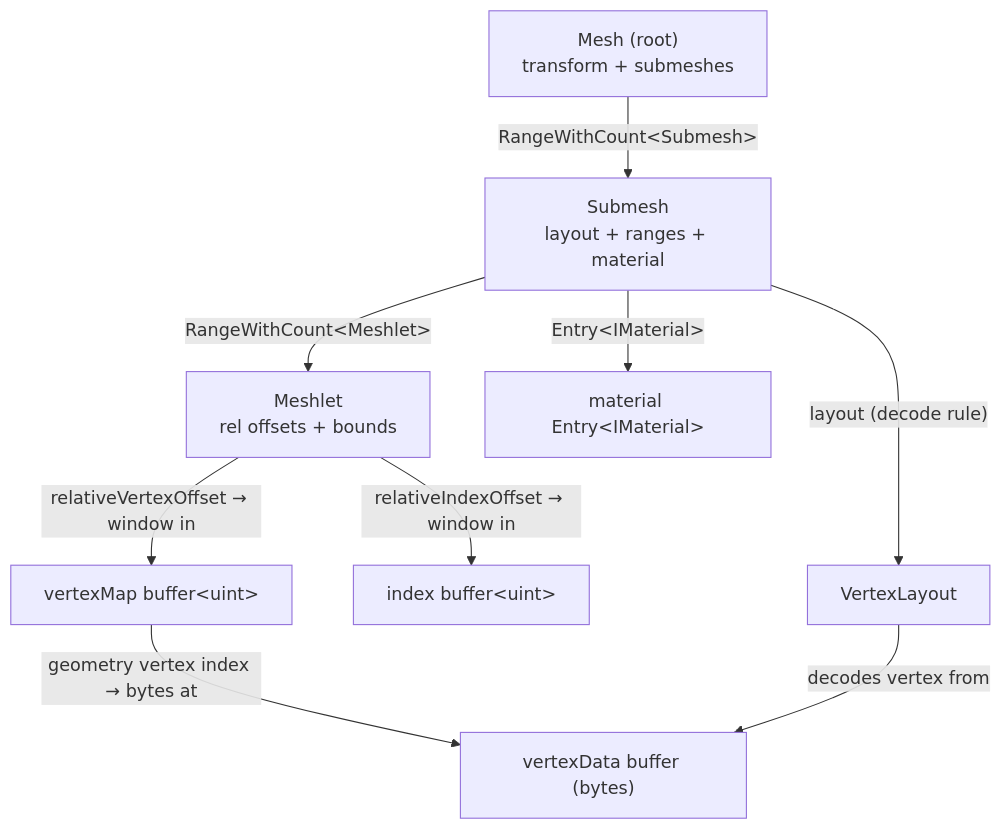
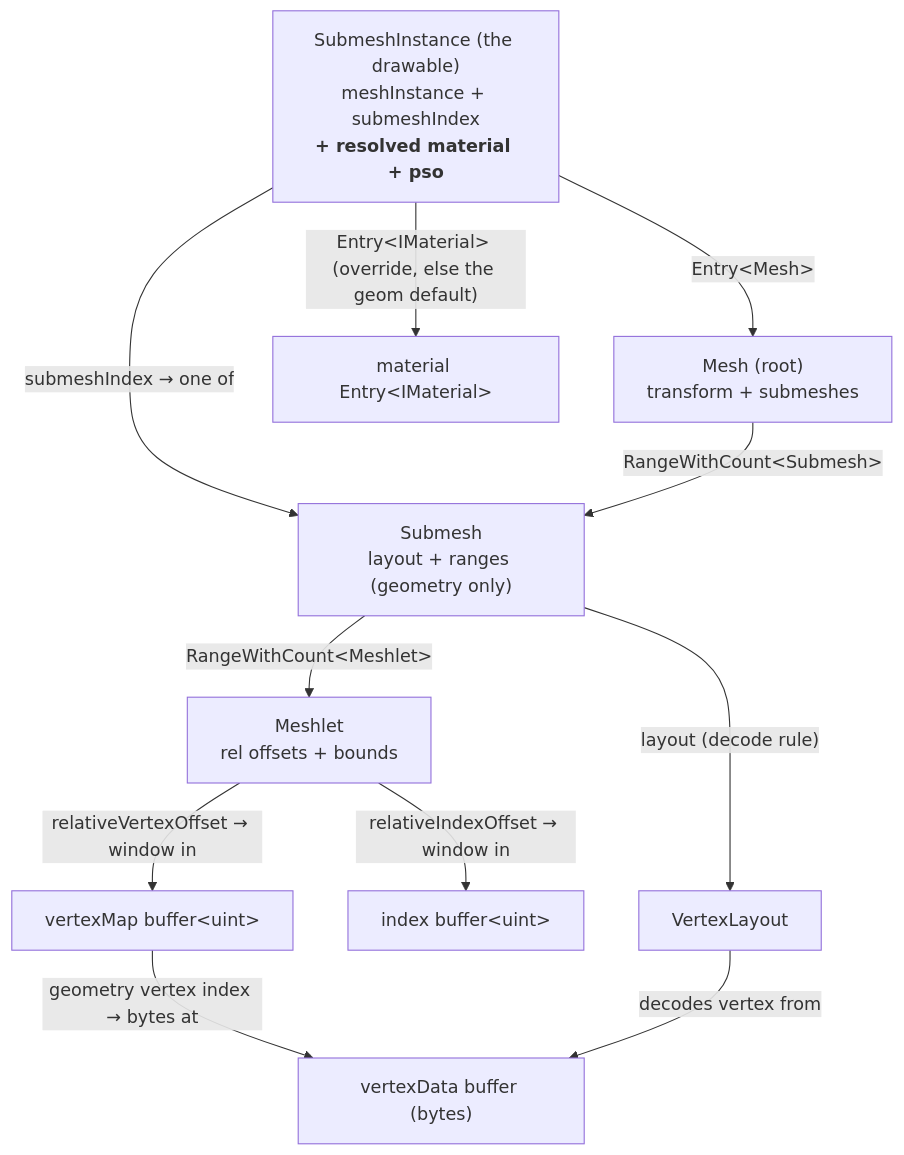
The diagram in docs/geometry_layout.md (alexjiang200407/bernini), drawn with Mermaid before and after one commit. The commit also changed other lines of this file and 20 other files, not shown here.

````diff
--- a/docs/geometry_layout.md
+++ b/docs/geometry_layout.md
@@ -110,20 +135,23 @@
 ```mermaid
 flowchart TD
+    Inst["SubmeshInstance (the drawable)<br/>meshInstance + submeshIndex<br/><b>+ resolved material + pso</b>"]
     Mesh["Mesh (root)<br/>transform + submeshes"]
-    Submesh["Submesh<br/>layout + ranges + material"]
+    Submesh["Submesh<br/>layout + ranges (geometry only)"]
     Meshlet["Meshlet<br/>rel offsets + bounds"]
     VMap["vertexMap buffer&lt;uint&gt;"]
     VData["vertexData buffer (bytes)"]
     IdxBuf["index buffer&lt;uint&gt;"]
     Layout["VertexLayout"]
     Mat["material Entry&lt;IMaterial&gt;"]
 
+    Inst -- "Entry&lt;Mesh&gt;" --> Mesh
+    Inst -- "submeshIndex → one of" --> Submesh
+    Inst -- "Entry&lt;IMaterial&gt; (override, else the geom default)" --> Mat
     Mesh -- "RangeWithCount&lt;Submesh&gt;" --> Submesh
     Submesh -- "RangeWithCount&lt;Meshlet&gt;" --> Meshlet
     Submesh -- "layout (decode rule)" --> Layout
-    Submesh -- "Entry&lt;IMaterial&gt;" --> Mat
     Meshlet -- "relativeVertexOffset → window in" --> VMap
     Meshlet -- "relativeIndexOffset → window in" --> IdxBuf
     VMap -- "geometry vertex index → bytes at" --> VData
     Layout -- "decodes vertex from" --> VData
 ```
````
